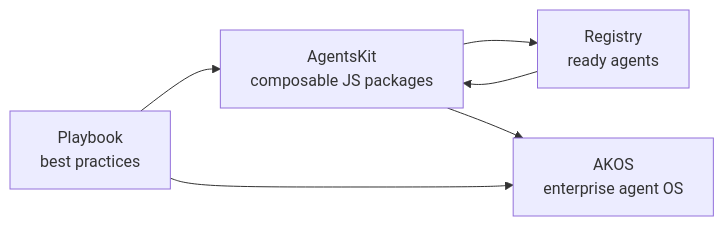
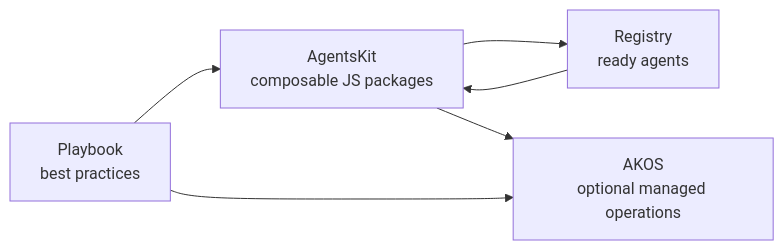
Before and after one commit to AgentsKit-io/agentskit: the first of 2 diagrams in README.md, drawn with Mermaid. The commit also changed other lines of this file and 86 other files, not shown here.

````diff
--- a/README.md
+++ b/README.md
@@ -79,13 +77,13 @@
 ```mermaid
 flowchart LR
   Playbook["Playbook<br/>best practices"]
   Registry["Registry<br/>ready agents"]
   AK["AgentsKit<br/>composable JS packages"]
-  AKOS["AKOS<br/>enterprise agent OS"]
+  AKOS["AKOS<br/>optional managed operations"]
 
   Playbook --> AK
   Registry --> AK
   AK --> Registry
   AK --> AKOS
   Playbook --> AKOS
 ```
````
